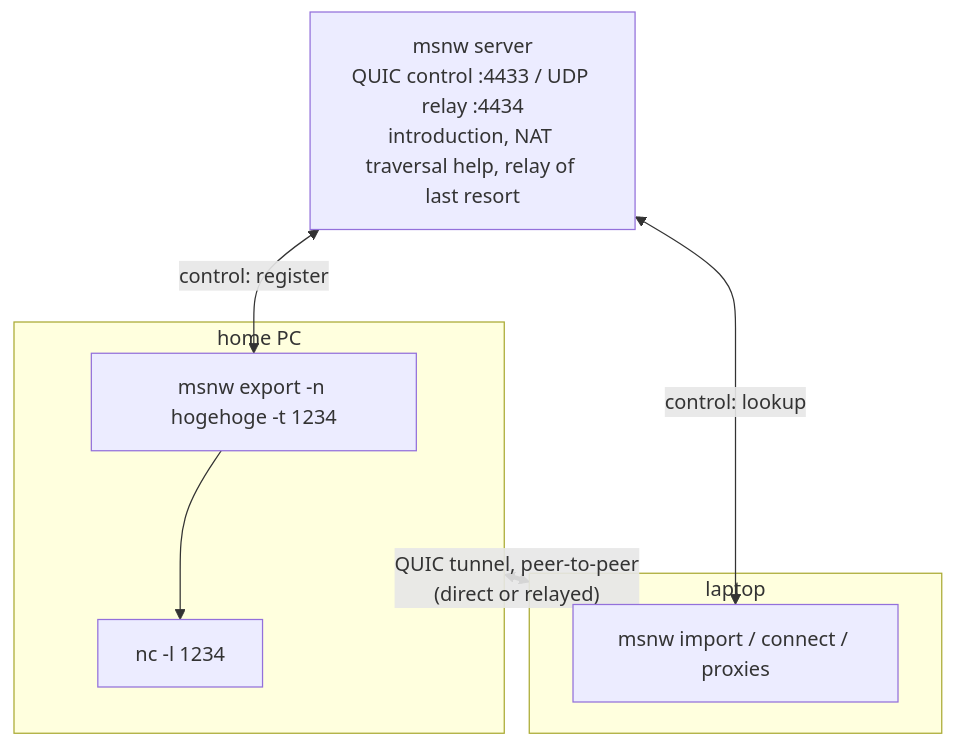
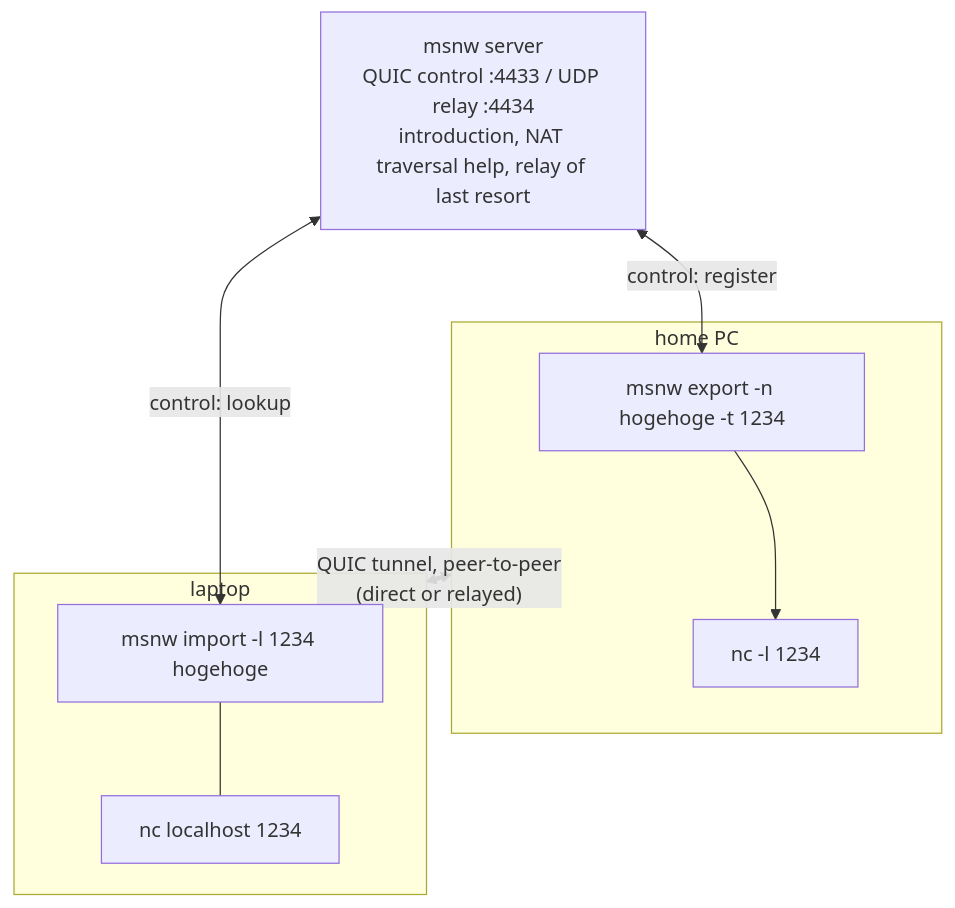
One commit to ikeji/mysmallnetwork changed the first of 6 diagrams in README.md. Above: the diagram before and after it, drawn with Mermaid. The commit also changed other lines of this file and 1 other file, not shown here.

````diff
--- a/README.md
+++ b/README.md
@@ -8,13 +8,13 @@
 ```mermaid
 flowchart TB
     srv["msnw server<br/>QUIC control :4433 / UDP relay :4434<br/>introduction, NAT traversal help, relay of last resort"]
     subgraph home["home PC"]
         ex["msnw export -n hogehoge -t 1234"] --> svc["nc -l 1234"]
     end
     subgraph laptop
-        im["msnw import / connect / proxies"]
+        im["msnw import -l 1234 hogehoge"] --- app["nc localhost 1234"]
     end
     srv <-->|"control: register"| ex
     srv <-->|"control: lookup"| im
     home <==>|"QUIC tunnel, peer-to-peer<br/>(direct or relayed)"| laptop
 ```
````
